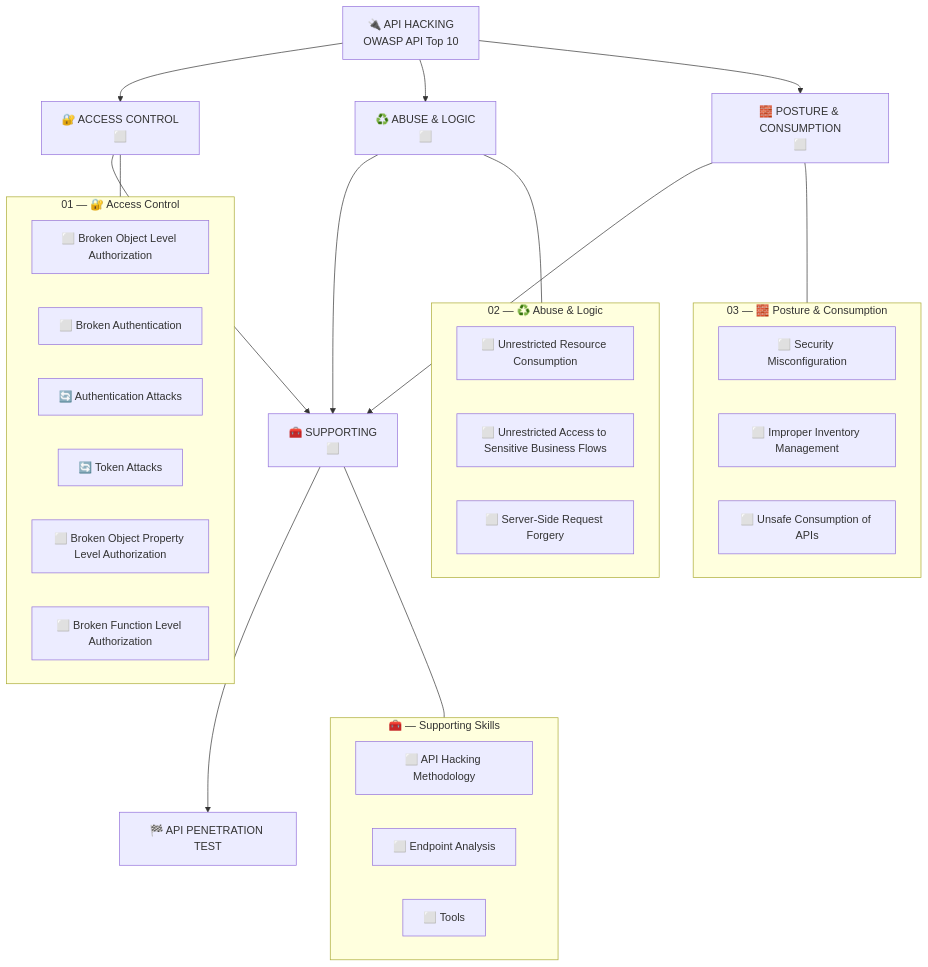
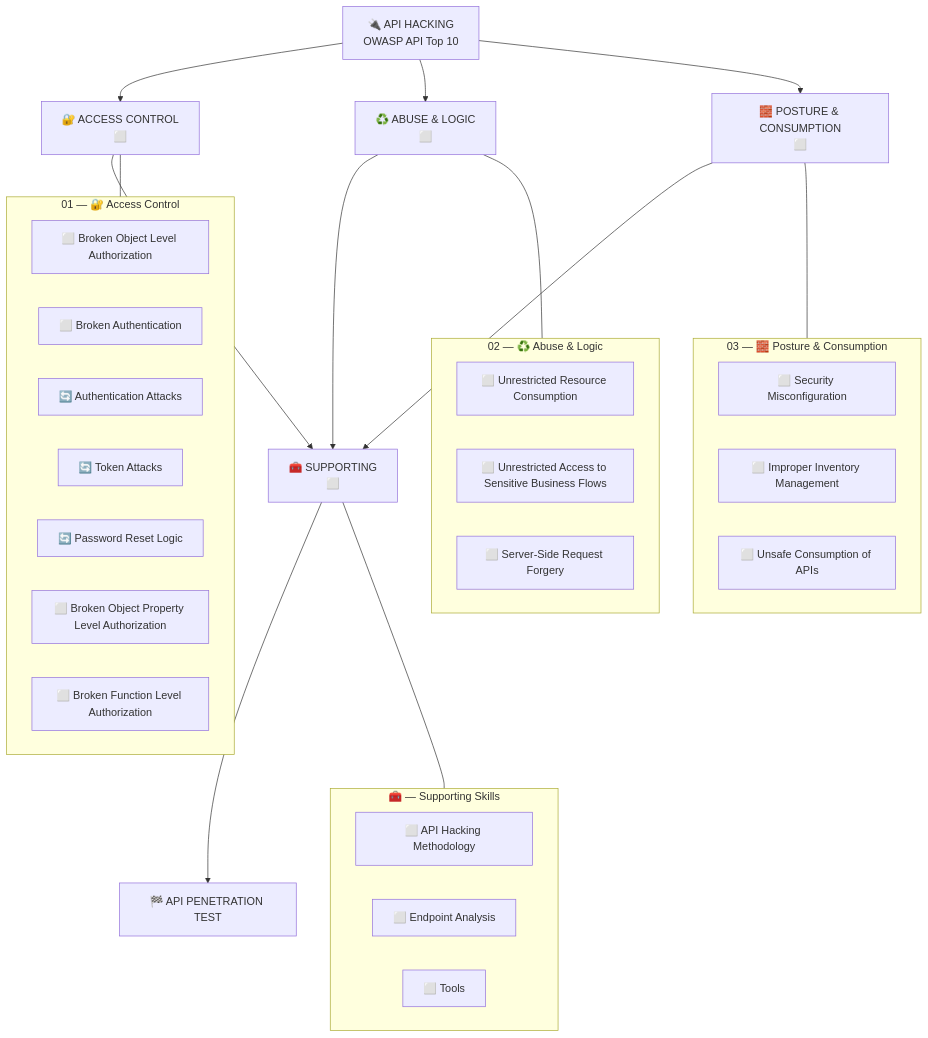
The diagram in README.md (romeo-mhakayakora/API-Hacking), drawn with Mermaid before and after one commit. The commit also changed other lines of this file and 2 other files, not shown here.

Commit message:
Add Password Reset Logic notes (lab walkthrough + 12-attack catalog)

````diff
--- a/README.md
+++ b/README.md
@@ -15,57 +15,59 @@
 ```mermaid
 flowchart TB
     API["🔌 API HACKING<br/>OWASP API Top 10"]
     D1["🔐 ACCESS CONTROL<br/>⬜"]
     D2["♻️ ABUSE & LOGIC<br/>⬜"]
     D3["🧱 POSTURE & CONSUMPTION<br/>⬜"]
     SUP["🧰 SUPPORTING<br/>⬜"]
     PENT["🏁 API PENETRATION TEST"]
 
     API --> D1 & D2 & D3
     D1 & D2 & D3 --> SUP --> PENT
 
     subgraph 01_ACCESS_CONTROL ["01 — 🔐 Access Control"]
         BOLA["⬜ Broken Object Level Authorization"]
         AUTH["⬜ Broken Authentication"]
         CRED["🔄 Authentication Attacks"]
         TOK["🔄 Token Attacks"]
+        PWR["🔄 Password Reset Logic"]
         BOPLA["⬜ Broken Object Property Level Authorization"]
         BFLA["⬜ Broken Function Level Authorization"]
     end
     subgraph 02_ABUSE_LOGIC ["02 — ♻️ Abuse & Logic"]
         RES["⬜ Unrestricted Resource Consumption"]
         FLOW["⬜ Unrestricted Access to Sensitive Business Flows"]
         SSRF["⬜ Server-Side Request Forgery"]
     end
     subgraph 03_POSTURE_CONSUMPTION ["03 — 🧱 Posture & Consumption"]
         MIS["⬜ Security Misconfiguration"]
         INV["⬜ Improper Inventory Management"]
         CON["⬜ Unsafe Consumption of APIs"]
     end
     subgraph SUPPORTING ["🧰 — Supporting Skills"]
         MET["⬜ API Hacking Methodology"]
         EPA["⬜ Endpoint Analysis"]
         TLS["⬜ Tools"]
     end
 
     D1 --- 01_ACCESS_CONTROL
     D2 --- 02_ABUSE_LOGIC
     D3 --- 03_POSTURE_CONSUMPTION
     SUP --- SUPPORTING
 
     click BOLA href "./01-access-control/bola.md"
     click AUTH href "./01-access-control/broken-authentication.md"
     click CRED href "./01-access-control/authentication-attacks.md"
     click TOK href "./01-access-control/token-attacks.md"
+    click PWR href "./01-access-control/password-reset-logic.md"
     click BOPLA href "./01-access-control/bopla.md"
     click BFLA href "./01-access-control/bfla.md"
     click RES href "./02-abuse-logic/unrestricted-resource-consumption.md"
     click FLOW href "./02-abuse-logic/unrestricted-business-flow.md"
     click SSRF href "./02-abuse-logic/ssrf.md"
     click MIS href "./03-posture-consumption/security-misconfiguration.md"
     click INV href "./03-posture-consumption/improper-inventory-management.md"
     click CON href "./03-posture-consumption/unsafe-api-consumption.md"
     click MET href "./supporting/01-api-methodology.md"
     click EPA href "./supporting/02-api-endpoint-analysis.md"
     click TLS href "./supporting/03-tools.md"
 ```
````
